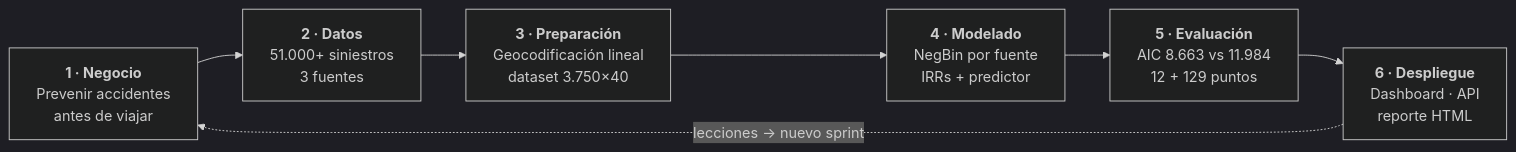
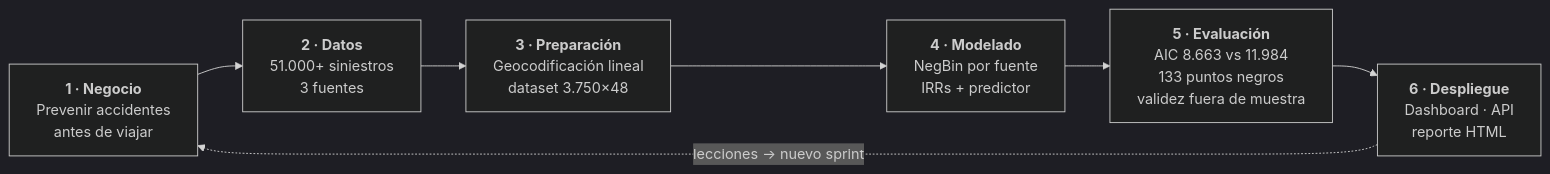
Before and after one commit to Lobitoxxx/SIPAT: the first of 2 diagrams in presentacion_sipat/parts/08-metodologia.md, drawn with Mermaid (dark theme). The commit also changed 18 other files, not shown here.

````diff
--- a/presentacion_sipat/parts/08-metodologia.md
+++ b/presentacion_sipat/parts/08-metodologia.md
@@ -29,9 +29,9 @@
 ```mermaid
 flowchart LR
   A["<b>1 · Negocio</b><br/>Prevenir accidentes<br/>antes de viajar"] --> B["<b>2 · Datos</b><br/>51.000+ siniestros<br/>3 fuentes"]
-  B --> C["<b>3 · Preparación</b><br/>Geocodificación lineal<br/>dataset 3.750×40"]
+  B --> C["<b>3 · Preparación</b><br/>Geocodificación lineal<br/>dataset 3.750×48"]
   C --> D["<b>4 · Modelado</b><br/>NegBin por fuente<br/>IRRs + predictor"]
-  D --> E["<b>5 · Evaluación</b><br/>AIC 8.663 vs 11.984<br/>12 + 129 puntos"]
+  D --> E["<b>5 · Evaluación</b><br/>AIC 8.663 vs 11.984<br/>133 puntos negros<br/>validez fuera de muestra"]
   E --> F["<b>6 · Despliegue</b><br/>Dashboard · API<br/>reporte HTML"]
   F -. "lecciones → nuevo sprint" .-> A
 ```
````
